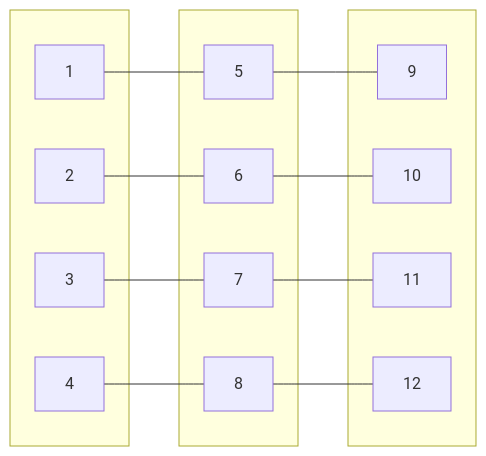
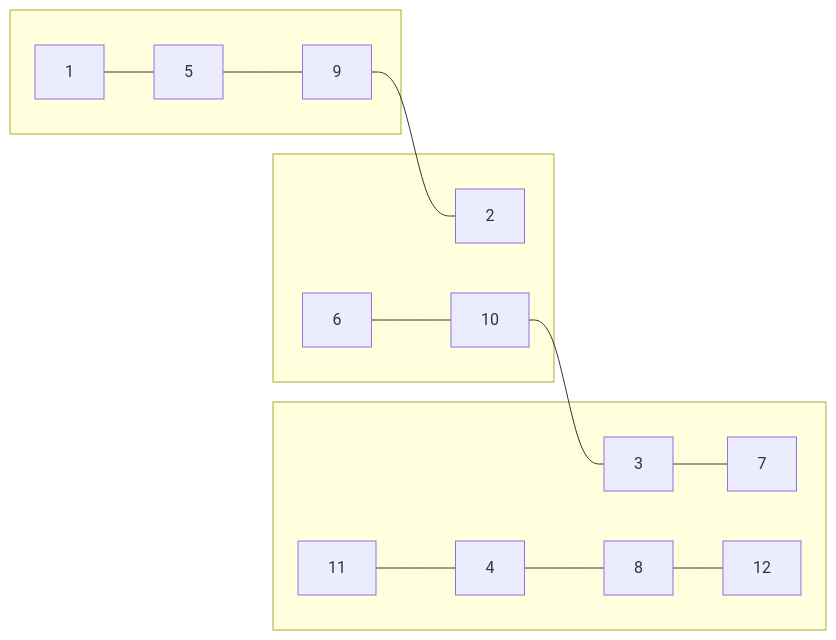
The second of 2 diagrams in README.md (athena-tircgo/amr-lsj), drawn with Mermaid before and after one commit.

````diff
--- a/README.md
+++ b/README.md
@@ -50,32 +50,35 @@
 ```mermaid
 graph LR
     %% 第一欄
     subgraph col1[ ]
         A1[1]
-        A2[2]
-        A3[3]
-        A4[4]
+        A2[5]
+        A3[9]
     end
 
     %% 第二欄
     subgraph col2[ ]
-        A5[5]
-        A6[6]
-        A7[7]
-        A8[8]
+        A4[2]
+        A5[6]
+        A6[10]
     end
 
     %% 第三欄
     subgraph col3[ ]
-        A9[9]
-        A10[10]
-        A11[11]
+        A7[3]
+        A8[7]
+        A9[11]
+    end
+
+   %% 第四欄
+    subgraph col3[ ]
+        A10[4]
+        A11[8]
         A12[12]
     end
 
     %% 橫向連線
-    A1 --- A5 --- A9
-    A2 --- A6 --- A10
-    A3 --- A7 --- A11
-    A4 --- A8 --- A12
+    A1 --- A2 --- A3 --- A4
+    A5 --- A6 --- A7 --- A8
+    A9 --- A10 --- A11 --- A12
 ```
````
